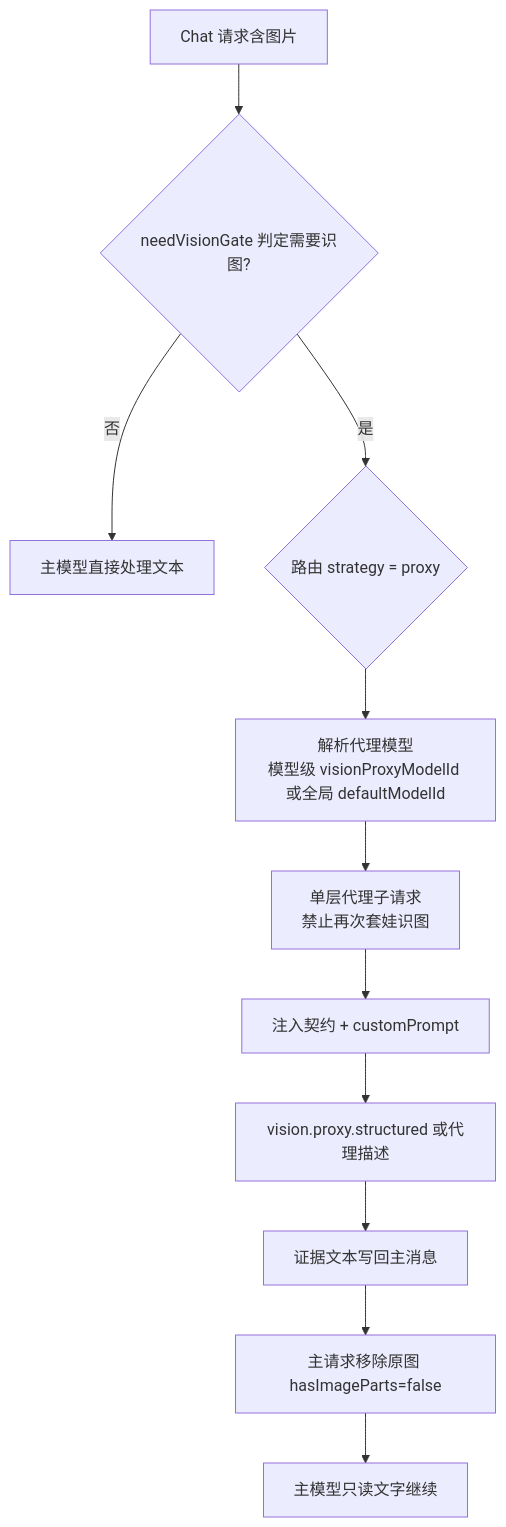
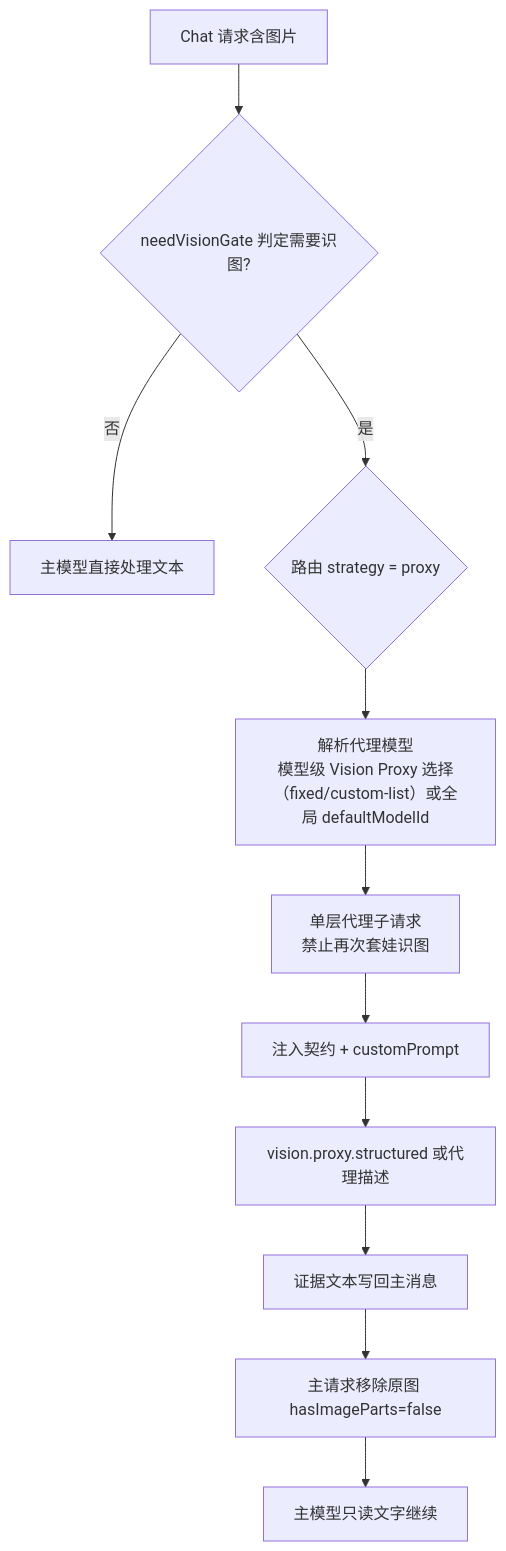
The second of 4 diagrams in README.md (Cloacah/Copilot-Bro), drawn with Mermaid before and after one commit. The commit also changed other lines of this file and 51 other files, not shown here.

First line of the commit message:
Vision proxy modes, Zhipu catalog refresh, and routing hardening.

````diff
--- a/README.md
+++ b/README.md
@@ -67,13 +67,13 @@
 ```mermaid
 flowchart TD
   A[Chat 请求含图片] --> B{needVisionGate 判定需要识图?}
   B -->|否| Z[主模型直接处理文本]
   B -->|是| C{路由 strategy = proxy}
-  C --> D[解析代理模型<br/>模型级 visionProxyModelId 或全局 defaultModelId]
+  C --> D[解析代理模型<br/>模型级 Vision Proxy 选择（fixed/custom-list）或全局 defaultModelId]
   D --> E[单层代理子请求<br/>禁止再次套娃识图]
   E --> F[注入契约 + customPrompt]
   F --> G[vision.proxy.structured 或代理描述]
   G --> H[证据文本写回主消息]
   H --> I[主请求移除原图 hasImageParts=false]
   I --> J[主模型只读文字继续]
 ```
````
